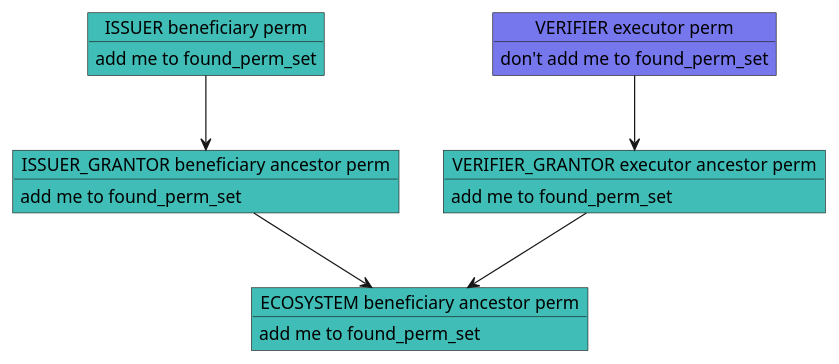
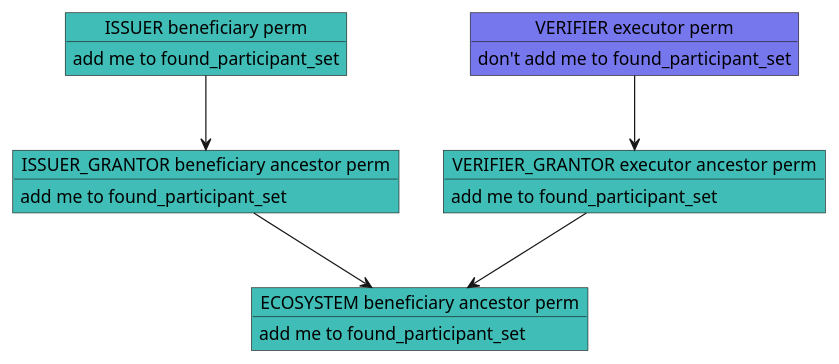
One commit to verana-labs/verifiable-trust-vpr-spec changed diagram 18 of 20 in spec.md. Above: the diagram before and after it, drawn with PlantUML. The commit also changed other lines of this file, not shown here.

First line of the commit message:
refactor(spec): rename _perm/_perm_id variables to _participant/_participant_id

````diff
--- a/spec.md
+++ b/spec.md
@@ -4602,29 +4602,29 @@
 ```plantuml
 
 @startuml
 scale max 800 width
 object "ECOSYSTEM beneficiary ancestor perm" as tr #3fbdb6 {
-  add me to found_perm_set
+  add me to found_participant_set
 }
 object "ISSUER_GRANTOR beneficiary ancestor perm" as ig #3fbdb6 {
-  add me to found_perm_set
+  add me to found_participant_set
 }
 object "ISSUER beneficiary perm" as i #3fbdb6 {
-  add me to found_perm_set
+  add me to found_participant_set
 }
 
 object "VERIFIER_GRANTOR executor ancestor perm" as vg #3fbdb6 {
-  add me to found_perm_set
+  add me to found_participant_set
 }
 object "VERIFIER executor perm" as v #7677ed {
-  don't add me to found_perm_set
+  don't add me to found_participant_set
 }
 
 ig --> tr
 i --> ig 
 vg --> tr
 v --> vg 
 
 @enduml
 
 ```
````
